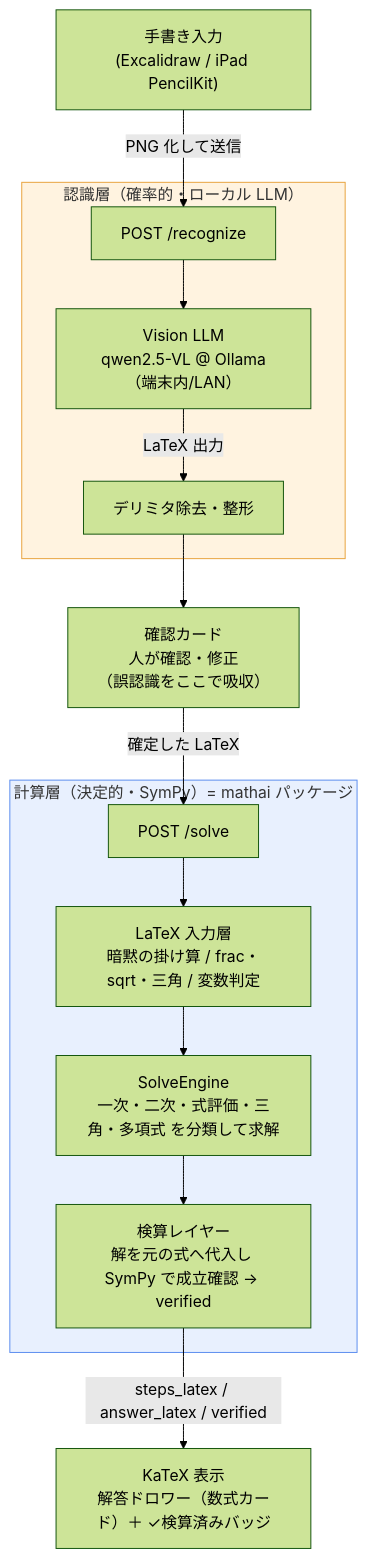
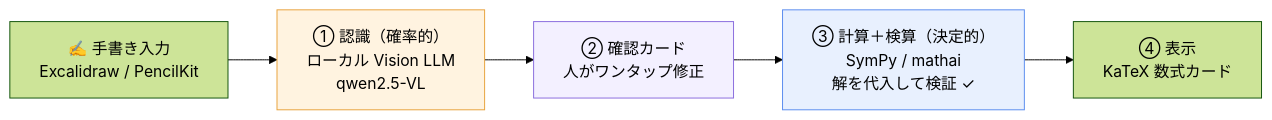
One commit to naka-himatubushi/sugaku-pad changed the diagram in README.md. Above: the diagram before and after it, drawn with Mermaid (forest theme). The commit also changed other lines of this file, not shown here.

Commit message:
docs(README): アーキ図を横一列(LR)4ステップに簡潔化（縦スクロール解消）
縦長フローを横方向・4ノードに集約、ラベル短縮・色分け。読みやすさ優先。
ローカル mermaid レンダリングで確認。

````diff
--- a/README.md
+++ b/README.md
@@ -54,25 +54,13 @@
 ```mermaid
-flowchart TD
-    A["手書き入力<br/>(Excalidraw / iPad PencilKit)"] -->|"PNG 化して送信"| R
+flowchart LR
+    A["✍️ 手書き入力<br/>Excalidraw / PencilKit"] --> B
+    B["① 認識（確率的）<br/>ローカル Vision LLM<br/>qwen2.5-VL"] --> C
+    C["② 確認カード<br/>人がワンタップ修正"] --> D
+    D["③ 計算＋検算（決定的）<br/>SymPy / mathai<br/>解を代入して検証 ✓"] --> E
+    E["④ 表示<br/>KaTeX 数式カード"]
 
-    subgraph REC["認識層（確率的・ローカル LLM）"]
-        R["POST /recognize"] --> V["Vision LLM<br/>qwen2.5-VL @ Ollama（端末内/LAN）"]
-        V -->|"LaTeX 出力"| CL["デリミタ除去・整形"]
-    end
-
-    CL --> CARD["確認カード<br/>人が確認・修正<br/>（誤認識をここで吸収）"]
-    CARD -->|"確定した LaTeX"| S["POST /solve"]
-
-    subgraph CALC["計算層（決定的・SymPy）= mathai パッケージ"]
-        S --> LI["LaTeX 入力層<br/>暗黙の掛け算 / frac・sqrt・三角 / 変数判定"]
-        LI --> SE["SolveEngine<br/>一次・二次・式評価・三角・多項式 を分類して求解"]
-        SE --> VF["検算レイヤー<br/>解を元の式へ代入し SymPy で成立確認 → verified"]
-    end
-
-    VF -->|"steps_latex / answer_latex / verified"| OUT["KaTeX 表示<br/>解答ドロワー（数式カード）＋ ✓検算済みバッジ"]
-
-    classDef prob fill:#fff3e0,stroke:#e8a33d;
-    classDef det fill:#e8f0fe,stroke:#5b8def;
-    class REC prob;
-    class CALC det;
+    classDef prob fill:#fff3e0,stroke:#e8a33d,color:#000;
+    classDef human fill:#f3f0ff,stroke:#8a6dde,color:#000;
+    classDef det fill:#e8f0fe,stroke:#5b8def,color:#000;
+    class B prob; class C human; class D det;
 ```
````
